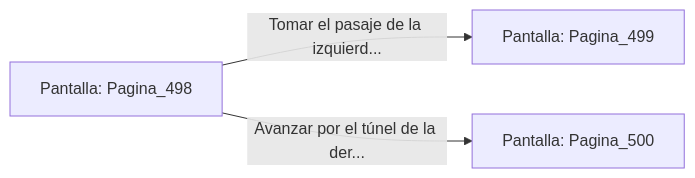
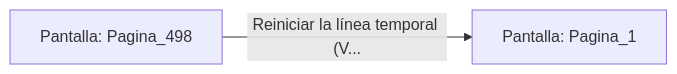
One commit to metsuke/mpl changed the diagram in sample/eligejuego-vault/Pantalla_Pagina_498.md. Above: the diagram before and after it, drawn with Mermaid. The commit also changed other lines of this file and 635 other files, not shown here.

First line of the commit message:
fix: añadir Pagina_1 como pantalla inicial en capitulo_01.mpl

````diff
--- a/sample/eligejuego-vault/Pantalla_Pagina_498.md
+++ b/sample/eligejuego-vault/Pantalla_Pagina_498.md
@@ -20,6 +17,5 @@
 ```mermaid
 graph LR
     P_Pagina_498["Pantalla: Pagina_498"]
-    P_Pagina_498 -->|"Tomar el pasaje de la izquierd..."| P_Pagina_499["Pantalla: Pagina_499"]
-    P_Pagina_498 -->|"Avanzar por el túnel de la der..."| P_Pagina_500["Pantalla: Pagina_500"]
+    P_Pagina_498 -->|"Reiniciar la línea temporal (V..."| P_Pagina_1["Pantalla: Pagina_1"]
 ```
````
